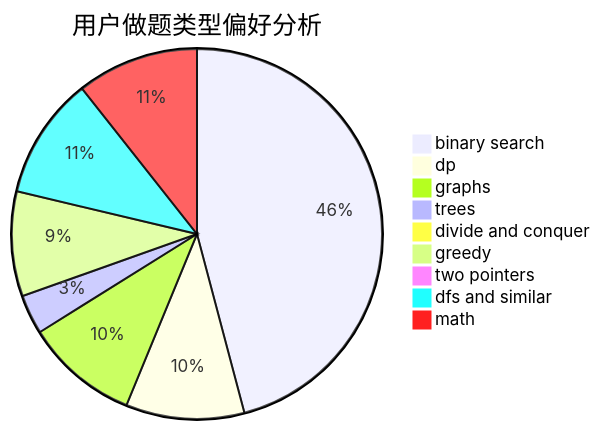
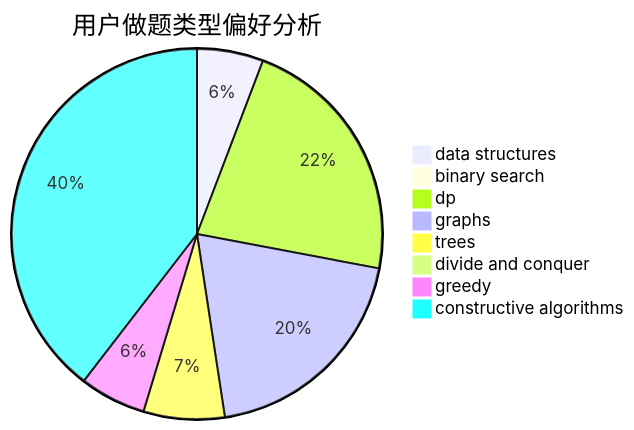
The second of 3 diagrams in docs/user/u1830.md (sherpahu/cfrs.github.io), drawn with Mermaid before and after one commit. The commit also changed other lines of this file and 2775 other files, not shown here.

````diff
--- a/docs/user/u1830.md
+++ b/docs/user/u1830.md
@@ -23,12 +23,11 @@
 ```mermaid
 pie title 用户做题类型偏好分析
-    "binary search" :  306
+    "data structures" :  18
+    "binary search" :  0
     "dp" :  69
-    "graphs" :  66
-    "trees" :  23
+    "graphs" :  61
+    "trees" :  22
     "divide and conquer" :  0
-    "greedy" :  61
-    "two pointers" :  0
-    "dfs and similar" :  71
-    "math" :  71
+    "greedy" :  18
+    "constructive algorithms" :  123
 ```
````
